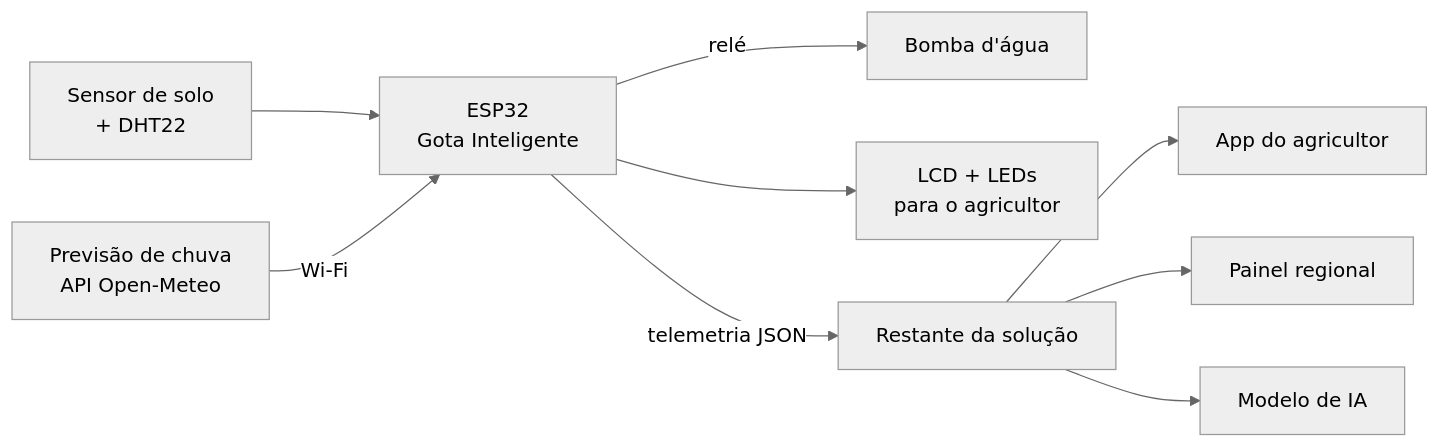
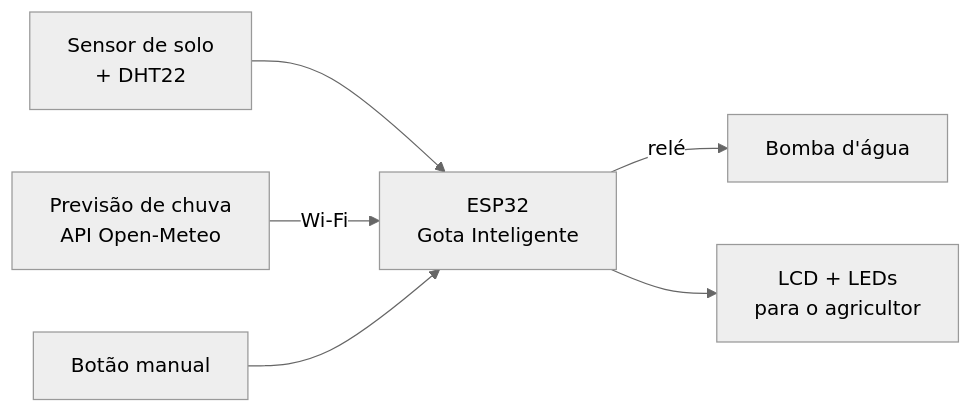
One commit to bonutt/gota-inteligente-iot changed the diagram in README.md. Above: the diagram before and after it, drawn with Mermaid (neutral theme). The commit also changed other lines of this file and 6 other files, not shown here.

````diff
--- a/README.md
+++ b/README.md
@@ -63,11 +63,8 @@
 ```mermaid
 flowchart LR
     SOLO[Sensor de solo<br/>+ DHT22] --> ESP[ESP32<br/>Gota Inteligente]
     PREV[Previsão de chuva<br/>API Open-Meteo] -- Wi-Fi --> ESP
+    BOTAO[Botão manual] --> ESP
     ESP -- relé --> BOMBA[Bomba d'água]
     ESP --> LOCAL[LCD + LEDs<br/>para o agricultor]
-    ESP -- telemetria JSON --> API[Restante da solução]
-    API --> APP[App do agricultor]
-    API --> PAINEL[Painel regional]
-    API --> IA[Modelo de IA]
 ```
````
